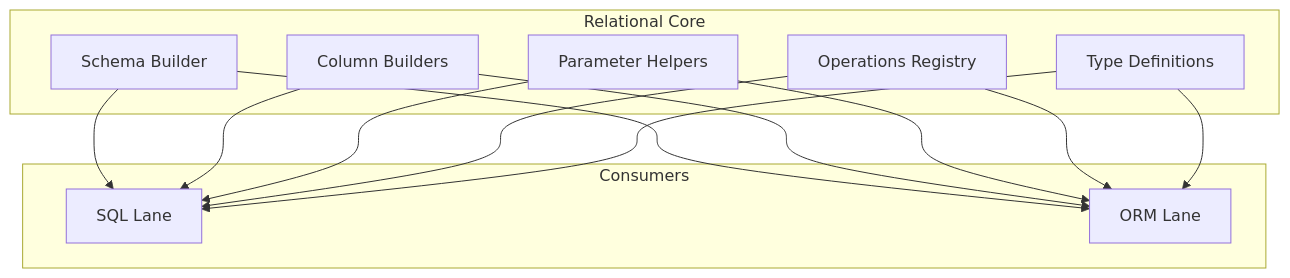
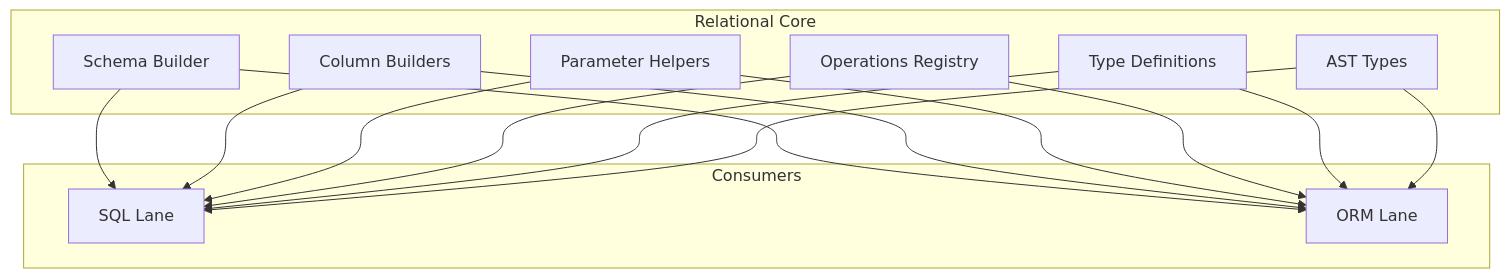
Before and after one commit to prisma/prisma-next: the diagram in packages/2-sql/4-lanes/relational-core/README.md, drawn with Mermaid. The commit also changed other lines of this file and 2 other files, not shown here.

Commit message:
Tighten docs and test structure for lane AST changes.
Split PlanMeta assertions into a dedicated test scope and align README details for budgets/lints guidance plus relational-core AST architecture and export documentation.

````diff
--- a/packages/2-sql/4-lanes/relational-core/README.md
+++ b/packages/2-sql/4-lanes/relational-core/README.md
@@ -39,26 +39,29 @@
 ```mermaid
 flowchart TD
     subgraph "Relational Core"
         SCHEMA[Schema Builder]
         COL[Column Builders]
         PARAM[Parameter Helpers]
         OPS[Operations Registry]
         TYPES[Type Definitions]
+        AST[AST Types]
     end
 
     subgraph "Consumers"
         SQL[SQL Lane]
         ORM[ORM Lane]
     end
 
     SCHEMA --> SQL
     SCHEMA --> ORM
     COL --> SQL
     COL --> ORM
     PARAM --> SQL
     PARAM --> ORM
     OPS --> SQL
     OPS --> ORM
     TYPES --> SQL
     TYPES --> ORM
+    AST --> SQL
+    AST --> ORM
 ```
````
